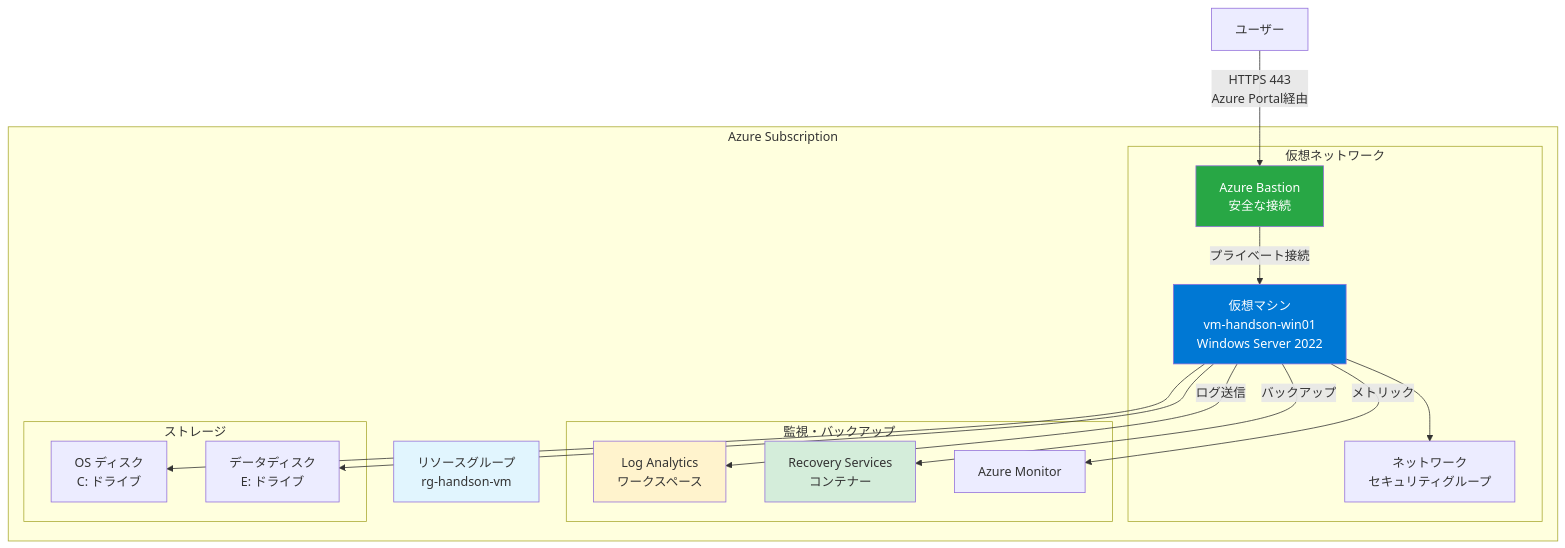
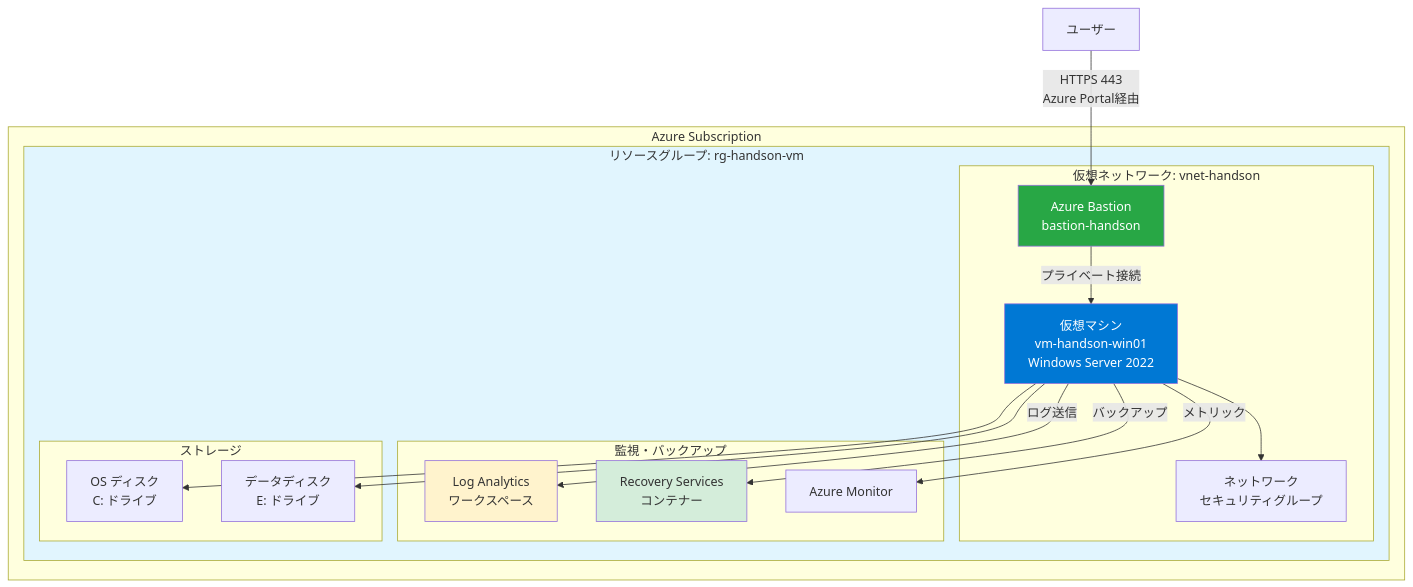
One commit to ylearning86/Azure-Handson-Guide changed the first of 4 diagrams in Azure_Hands_On_Guide.md. Above: the diagram before and after it, drawn with Mermaid.

Commit message:
Add Azure Subscription layer to architecture diagram

````diff
--- a/Azure_Hands_On_Guide.md
+++ b/Azure_Hands_On_Guide.md
@@ -29,38 +29,38 @@
 ```mermaid
 graph TB
-    subgraph "Azure Subscription"
-        RG[リソースグループ<br/>rg-handson-vm]
-        
-        subgraph "仮想ネットワーク"
-            BASTION[Azure Bastion<br/>安全な接続]
-            VM[仮想マシン<br/>vm-handson-win01<br/>Windows Server 2022]
-            NSG[ネットワーク<br/>セキュリティグループ]
-        end
-        
-        subgraph "監視・バックアップ"
-            LAW[Log Analytics<br/>ワークスペース]
-            RSV[Recovery Services<br/>コンテナー]
-            MON[Azure Monitor]
-        end
-        
-        subgraph "ストレージ"
-            OSDISK[OS ディスク<br/>C: ドライブ]
-            DATADISK[データディスク<br/>E: ドライブ]
+    subgraph SUB["Azure Subscription"]
+        subgraph RG["リソースグループ: rg-handson-vm"]
+            subgraph VNET["仮想ネットワーク: vnet-handson"]
+                BASTION[Azure Bastion<br/>bastion-handson]
+                VM[仮想マシン<br/>vm-handson-win01<br/>Windows Server 2022]
+                NSG[ネットワーク<br/>セキュリティグループ]
+            end
+            
+            subgraph MONITOR["監視・バックアップ"]
+                LAW[Log Analytics<br/>ワークスペース]
+                RSV[Recovery Services<br/>コンテナー]
+                MON[Azure Monitor]
+            end
+            
+            subgraph STORAGE["ストレージ"]
+                OSDISK[OS ディスク<br/>C: ドライブ]
+                DATADISK[データディスク<br/>E: ドライブ]
+            end
         end
     end
     
     USER[ユーザー] -->|HTTPS 443<br/>Azure Portal経由| BASTION
     BASTION -->|プライベート接続| VM
     VM --> NSG
     VM --> OSDISK
     VM --> DATADISK
     VM -->|ログ送信| LAW
     VM -->|メトリック| MON
     VM -->|バックアップ| RSV
     
     style VM fill:#0078d4,color:#fff
     style BASTION fill:#28a745,color:#fff
     style RG fill:#e1f5fe
     style LAW fill:#fff3cd
     style RSV fill:#d4edda
 ```
````
